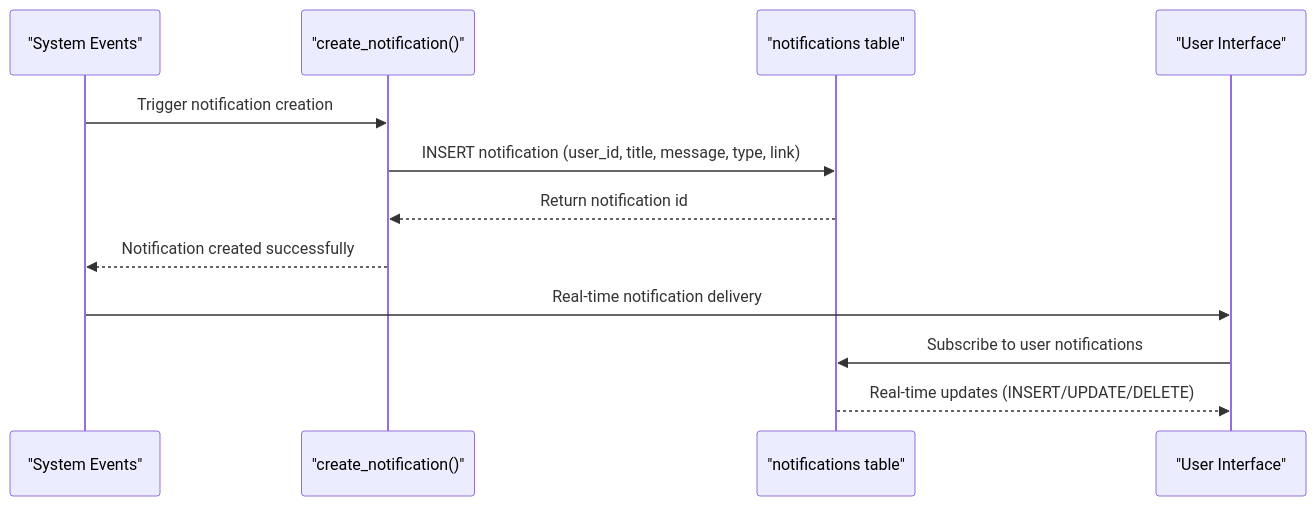
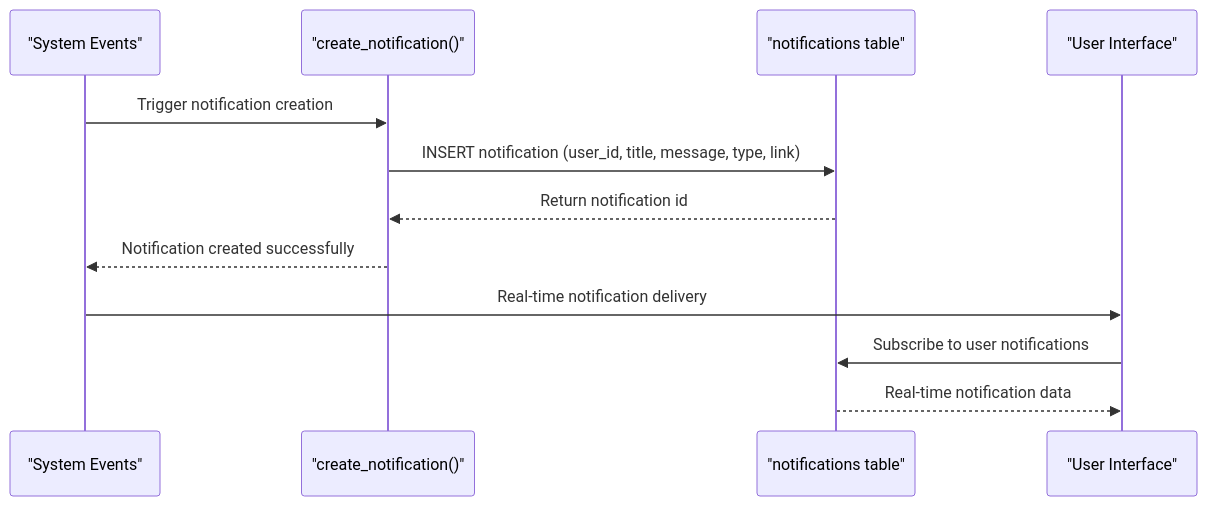
Diagram 11 of 15 in .qoder/repowiki/en/content/Data Layer & Supabase Integration.md (Hawky1/ryland), drawn with Mermaid before and after one commit. The commit also changed other lines of this file and 88 other files, not shown here.

````diff
--- a/.qoder/repowiki/en/content/Data Layer & Supabase Integration.md
+++ b/.qoder/repowiki/en/content/Data Layer & Supabase Integration.md
@@ -1055,14 +1618,14 @@
 ```mermaid
 sequenceDiagram
 participant System as "System Events"
 participant Helper as "create_notification()"
 participant DB as "notifications table"
 participant User as "User Interface"
 System->>Helper : Trigger notification creation
 Helper->>DB : INSERT notification (user_id, title, message, type, link)
 DB-->>Helper : Return notification id
 Helper-->>System : Notification created successfully
 System->>User : Real-time notification delivery
 User->>DB : Subscribe to user notifications
-DB-->>User : Real-time updates (INSERT/UPDATE/DELETE)
+DB-->>User : Real-time notification data
 ```
````
